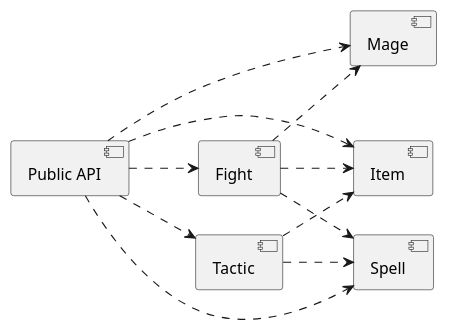
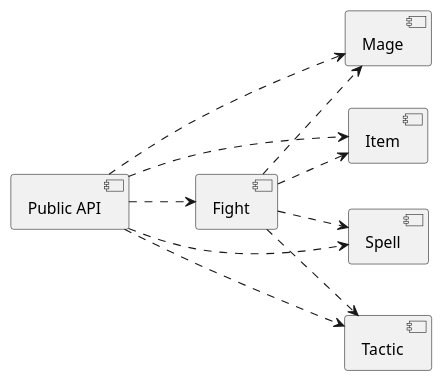
Before and after one commit to alienspaces/holyragingmages: the diagram in README.md, drawn with PlantUML.

````diff
--- a/README.md
+++ b/README.md
@@ -38,13 +38,12 @@
 ```plantuml
 left to right direction
 [Public API] ..> [Mage]
 [Public API] ..> [Item]
 [Public API] ..> [Spell]
 [Public API] ..> [Fight]
 [Public API] ..> [Tactic]
 [Fight] ..> [Mage]
 [Fight] ..> [Spell]
 [Fight] ..> [Item]
-[Tactic] ..> [Spell]
-[Tactic] ..> [Item]
+[Fight] ..> [Tactic]
 ```
````
